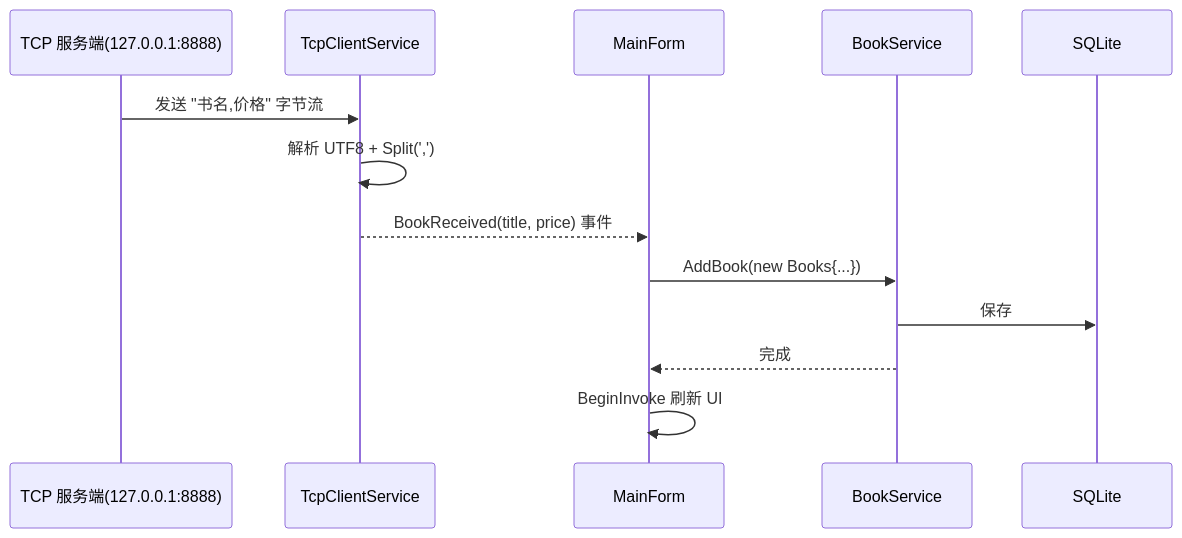
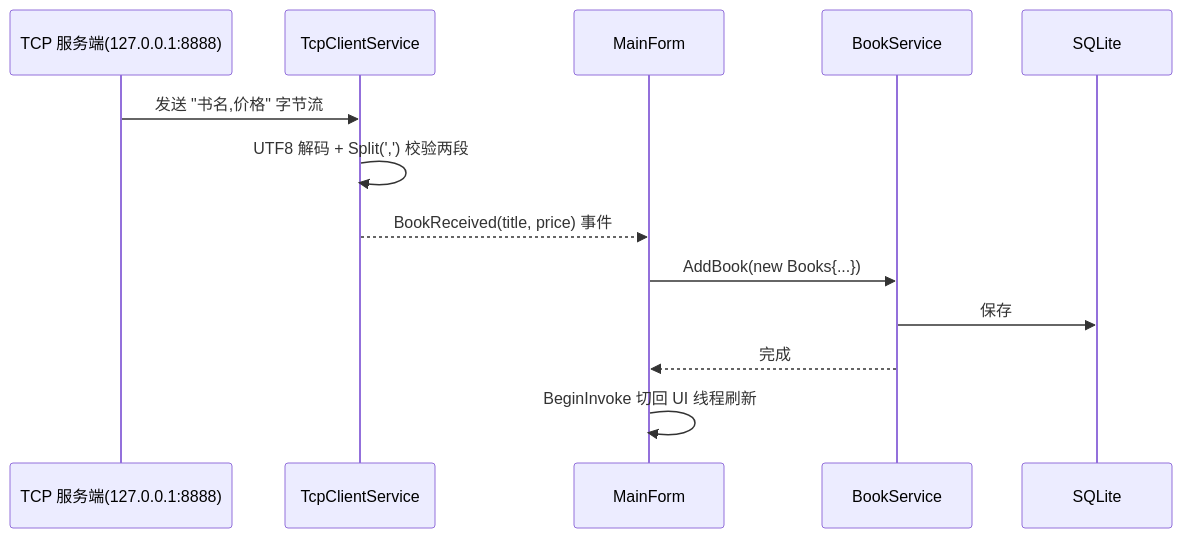
The fourth of 6 diagrams in docs/项目架构说明.md (sufardive/Bookl_Manager_System), drawn with Mermaid before and after one commit. The commit also changed other lines of this file and 2 other files, not shown here.

````diff
--- a/docs/项目架构说明.md
+++ b/docs/项目架构说明.md
@@ -153,16 +163,16 @@
 ```mermaid
 sequenceDiagram
     participant S as TCP 服务端(127.0.0.1:8888)
     participant TCP as TcpClientService
     participant MF as MainForm
     participant BS as BookService
     participant DB as SQLite
 
     S->>TCP: 发送 "书名,价格" 字节流
-    TCP->>TCP: 解析 UTF8 + Split(',')
+    TCP->>TCP: UTF8 解码 + Split(',') 校验两段
     TCP-->>MF: BookReceived(title, price) 事件
     MF->>BS: AddBook(new Books{...})
     BS->>DB: 保存
     BS-->>MF: 完成
-    MF->>MF: BeginInvoke 刷新 UI
+    MF->>MF: BeginInvoke 切回 UI 线程刷新
 ```
````
